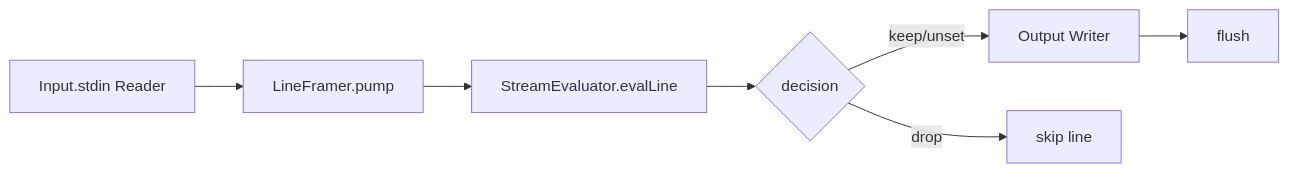
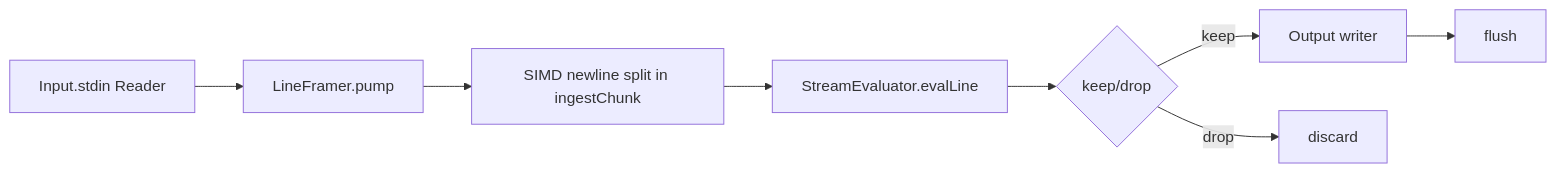
The second of 9 diagrams in src/tail/README.md (usetero/edge), drawn with Mermaid before and after one commit. The commit also changed other lines of this file and 19 other files, not shown here.

````diff
--- a/src/tail/README.md
+++ b/src/tail/README.md
@@ -42,9 +60,10 @@
 ```mermaid
 flowchart LR
   A[Input.stdin Reader] --> B[LineFramer.pump]
-  B --> C[StreamEvaluator.evalLine]
-  C --> D{decision}
-  D -- keep/unset --> E[Output Writer]
-  D -- drop --> F[skip line]
-  E --> G[flush]
+  B --> C[SIMD newline split in ingestChunk]
+  C --> D[StreamEvaluator.evalLine]
+  D --> E{keep/drop}
+  E -- keep --> F[Output writer]
+  E -- drop --> G[discard]
+  F --> H[flush]
 ```
````
